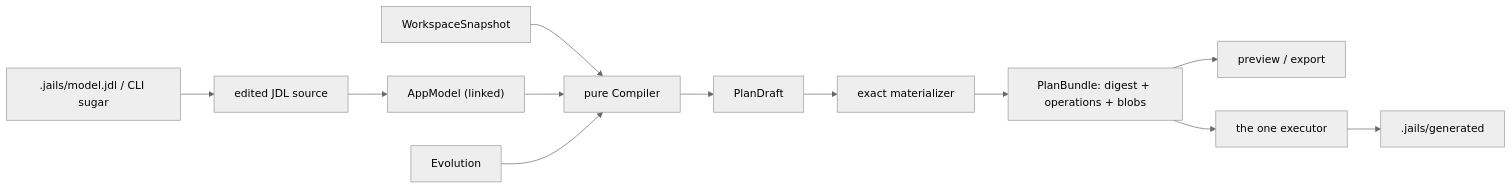
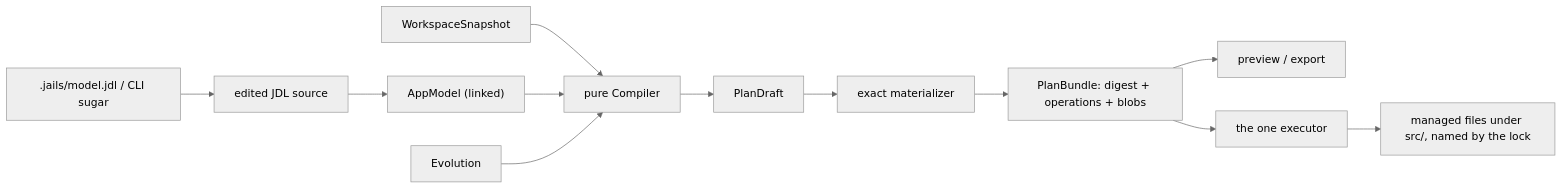
Before and after one commit to laithshadeed/jails: the diagram in ARCHITECTURE.md, drawn with Mermaid (neutral theme). The commit also changed other lines of this file and 792 other files, not shown here.

````diff
--- a/ARCHITECTURE.md
+++ b/ARCHITECTURE.md
@@ -14,14 +14,14 @@
 ```mermaid
 flowchart LR
     FRONT[".jails/model.jdl / CLI sugar"] --> EDIT["edited JDL source"]
     EDIT --> MODEL["AppModel (linked)"]
     SNAP["WorkspaceSnapshot"] --> COMPILER["pure Compiler"]
     MODEL --> COMPILER
     EVOLUTION["Evolution"] --> COMPILER
     COMPILER --> DRAFT["PlanDraft"]
     DRAFT --> MATERIALIZE["exact materializer"]
     MATERIALIZE --> PLAN["PlanBundle: digest + operations + blobs"]
     PLAN --> PREVIEW["preview / export"]
     PLAN --> EXECUTOR["the one executor"]
-    EXECUTOR --> TREE[".jails/generated"]
+    EXECUTOR --> TREE["managed files under src/, named by the lock"]
 ```
````
